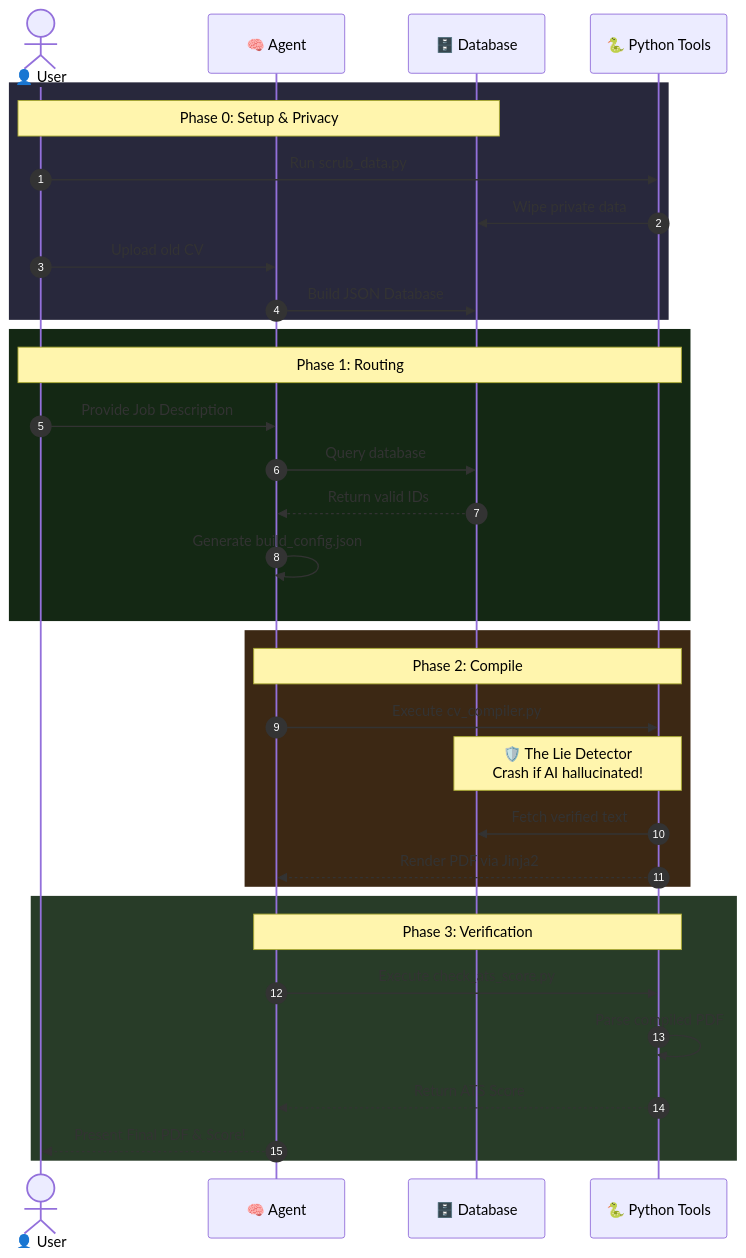
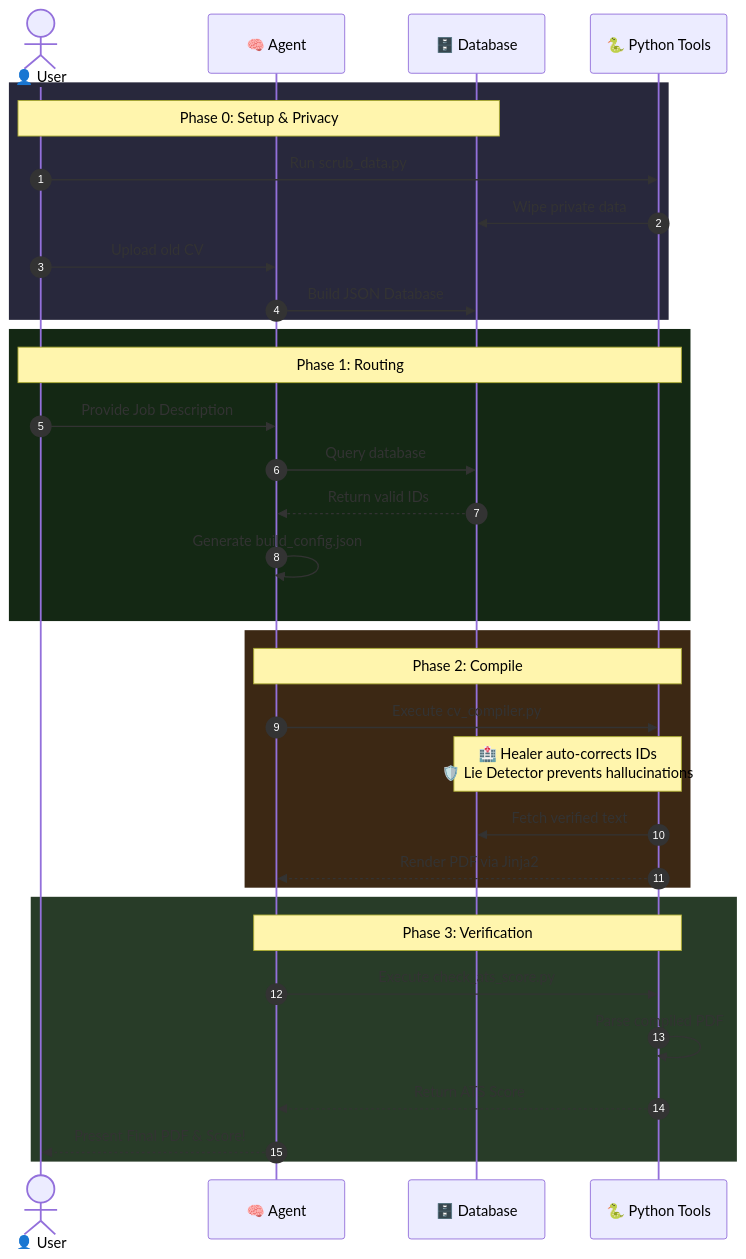
Before and after one commit to Gotili/EigenCV: the diagram in README.md, drawn with Mermaid. The commit also changed other lines of this file and 1 other file, not shown here.

````diff
--- a/README.md
+++ b/README.md
@@ -126,40 +127,40 @@
 ```mermaid
 sequenceDiagram
     autonumber
     actor U as 👤 User
     participant LLM as 🧠 Agent
     participant DB as 🗄️ Database
     participant Py as 🐍 Python Tools
 
     rect rgb(40, 40, 60)
     Note over U,DB: Phase 0: Setup & Privacy
     U->>Py: Run scrub_data.py
     Py->>DB: Wipe private data
     U->>LLM: Upload old CV
     LLM->>DB: Build JSON Database
     end
 
     rect rgb(20, 40, 20)
     Note over U,Py: Phase 1: Routing
     U->>LLM: Provide Job Description
     LLM->>DB: Query database
     DB-->>LLM: Return valid IDs
     LLM->>LLM: Generate build_config.json
     end
     
     rect rgb(60, 40, 20)
     Note over LLM,Py: Phase 2: Compile
     LLM->>Py: Execute cv_compiler.py
-    Note over Py,DB: 🛡️ The Lie Detector<br>Crash if AI hallucinated!
+    Note over Py,DB: 🏥 Healer auto-corrects IDs<br>🛡️ Lie Detector prevents hallucinations
     Py->>DB: Fetch verified text
     Py-->>LLM: Render PDF via Jinja2
     end
     
     rect rgb(40, 60, 40)
     Note over LLM,Py: Phase 3: Verification
     LLM->>Py: Execute check_ats_score.py
     Py->>Py: Parse compiled PDF
     Py-->>LLM: Return ATS Score
     LLM-->>U: Present Final PDF & Score!
     end
 ```
````
